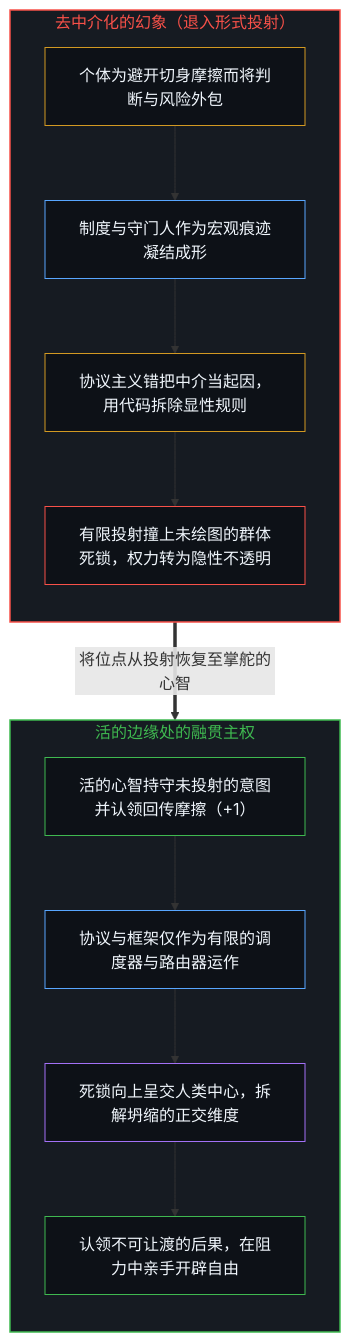
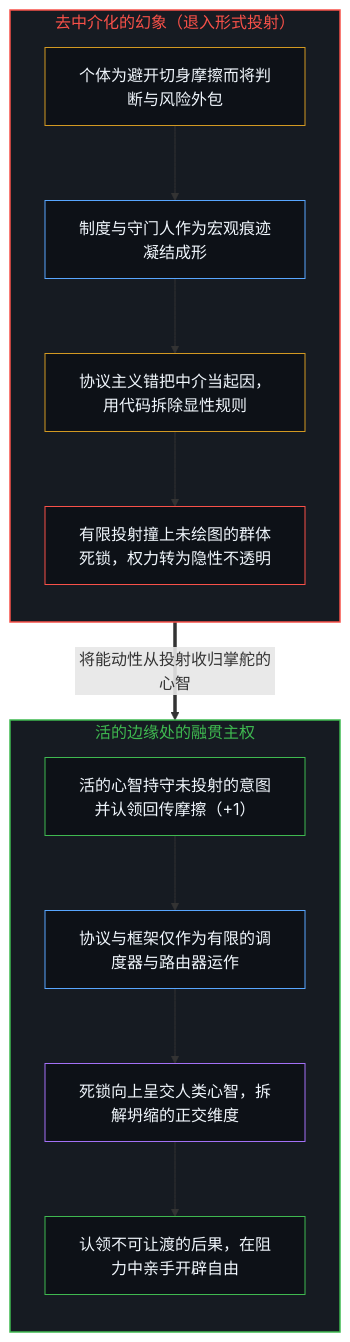
One commit to powerpig99/not-a-toe changed the first of 2 diagrams in content/posts/the-illusion-of-the-unmediated.md. Above: the diagram before and after it, drawn with Mermaid. The commit also changed other lines of this file and 8 other files, not shown here.

````diff
--- a/content/posts/the-illusion-of-the-unmediated.md
+++ b/content/posts/the-illusion-of-the-unmediated.md
@@ -41,33 +41,30 @@
 ```mermaid
 flowchart TD
     subgraph S_Illusion["去中介化的幻象（退入形式投射）"]
         direction TB
         I_Out["个体为避开切身摩擦而将判断与风险外包"]
         I_Inst["制度与守门人作为宏观痕迹凝结成形"]
         I_Proto["协议主义错把中介当起因，用代码拆除显性规则"]
         I_Dead["有限投射撞上未绘图的群体死锁，权力转为隐性不透明"]
         I_Out --> I_Inst --> I_Proto --> I_Dead
     end
-
     subgraph S_Sovereign["活的边缘处的融贯主权"]
         direction TB
         S_Edge["活的心智持守未投射的意图并认领回传摩擦（+1）"]
         S_Disp["协议与框架仅作为有限的调度器与路由器运作"]
-        S_Step["死锁向上呈交人类中心，拆解坍缩的正交维度"]
+        S_Step["死锁向上呈交人类心智，拆解坍缩的正交维度"]
         S_Clear["认领不可让渡的后果，在阻力中亲手开辟自由"]
         S_Edge --> S_Disp --> S_Step --> S_Clear
     end
-
-    I_Dead ==>|"将位点从投射恢复至掌舵的心智"| S_Edge
-
+    I_Dead ==>|"将能动性从投射收归掌舵的心智"| S_Edge
     style S_Illusion fill:#161b22,stroke:#f85149,stroke-width:1.5px,color:#f85149
     style S_Sovereign fill:#161b22,stroke:#3fb950,stroke-width:1.5px,color:#3fb950
     style I_Out fill:#0d1117,stroke:#d29922,stroke-width:1px,color:#f0f6fc
     style I_Inst fill:#0d1117,stroke:#58a6ff,stroke-width:1px,color:#f0f6fc
     style I_Proto fill:#0d1117,stroke:#d29922,stroke-width:1px,color:#f0f6fc
     style I_Dead fill:#0d1117,stroke:#f85149,stroke-width:1px,color:#f0f6fc
     style S_Edge fill:#0d1117,stroke:#3fb950,stroke-width:1px,color:#f0f6fc
     style S_Disp fill:#0d1117,stroke:#58a6ff,stroke-width:1px,color:#f0f6fc
     style S_Step fill:#0d1117,stroke:#a371f7,stroke-width:1px,color:#f0f6fc
     style S_Clear fill:#0d1117,stroke:#3fb950,stroke-width:1px,color:#f0f6fc
 ```
````
